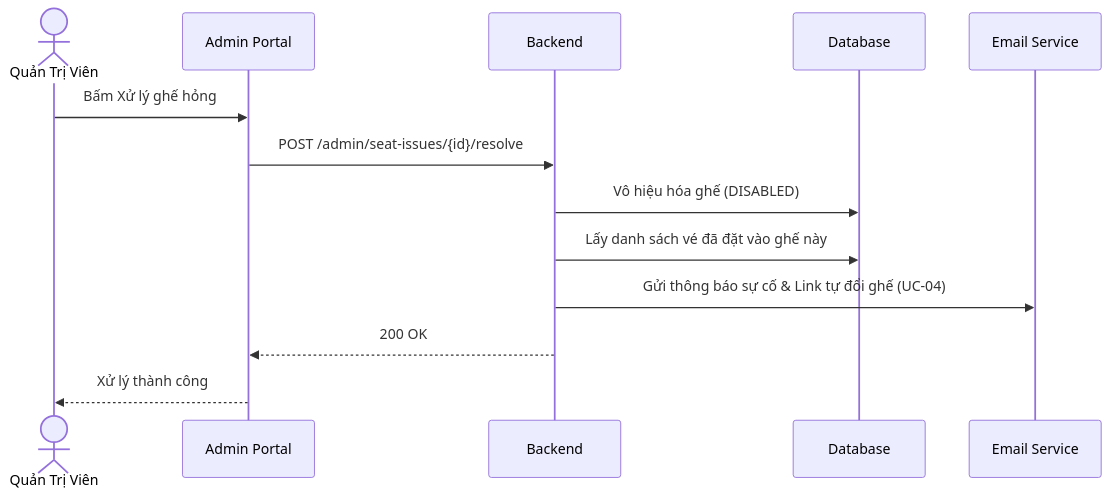
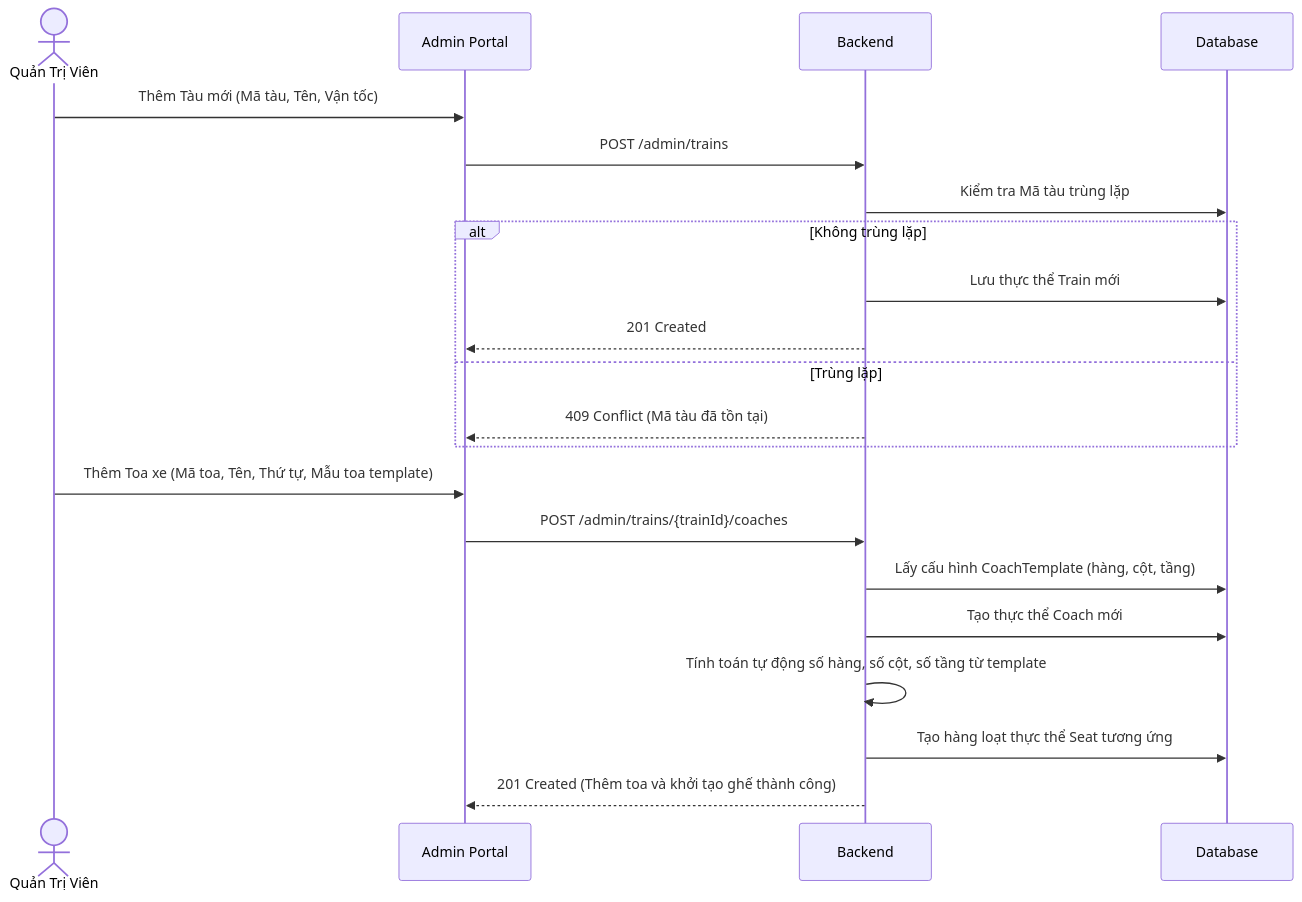
Before and after one commit to letungduong24/train-booking: diagram 14 of 21 in diagrams/sequences/sequence-diagrams.md, drawn with Mermaid. The commit also changed other lines of this file and 69 other files, not shown here.

````diff
--- a/diagrams/sequences/sequence-diagrams.md
+++ b/diagrams/sequences/sequence-diagrams.md
@@ -277,16 +353,27 @@
 ```mermaid
 sequenceDiagram
     actor Admin as Quản Trị Viên
     participant FE as Admin Portal
     participant API as Backend
     participant DB as Database
-    participant Email as Email Service
     
-    Admin->>FE: Bấm Xử lý ghế hỏng
-    FE->>API: POST /admin/seat-issues/{id}/resolve
-    API->>DB: Vô hiệu hóa ghế (DISABLED)
-    API->>DB: Lấy danh sách vé đã đặt vào ghế này
-    API->>Email: Gửi thông báo sự cố & Link tự đổi ghế (UC-04)
-    API-->>FE: 200 OK
-    FE-->>Admin: Xử lý thành công
+    %% Tạo Tàu
+    Admin->>FE: Thêm Tàu mới (Mã tàu, Tên, Vận tốc)
+    FE->>API: POST /admin/trains
+    API->>DB: Kiểm tra Mã tàu trùng lặp
+    alt Không trùng lặp
+        API->>DB: Lưu thực thể Train mới
+        API-->>FE: 201 Created
+    else Trùng lặp
+        API-->>FE: 409 Conflict (Mã tàu đã tồn tại)
+    end
+    
+    %% Thêm Toa và sinh ghế tự động
+    Admin->>FE: Thêm Toa xe (Mã toa, Tên, Thứ tự, Mẫu toa template)
+    FE->>API: POST /admin/trains/{trainId}/coaches
+    API->>DB: Lấy cấu hình CoachTemplate (hàng, cột, tầng)
+    API->>DB: Tạo thực thể Coach mới
+    API->>API: Tính toán tự động số hàng, số cột, số tầng từ template
+    API->>DB: Tạo hàng loạt thực thể Seat tương ứng
+    API-->>FE: 201 Created (Thêm toa và khởi tạo ghế thành công)
 ```
````
